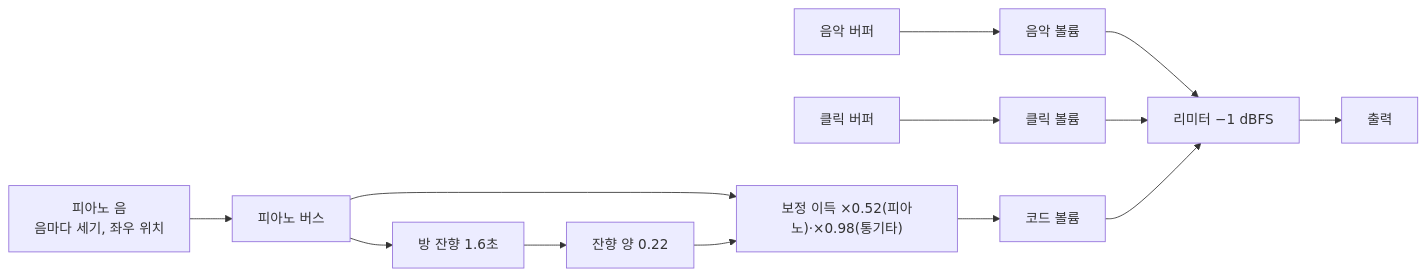
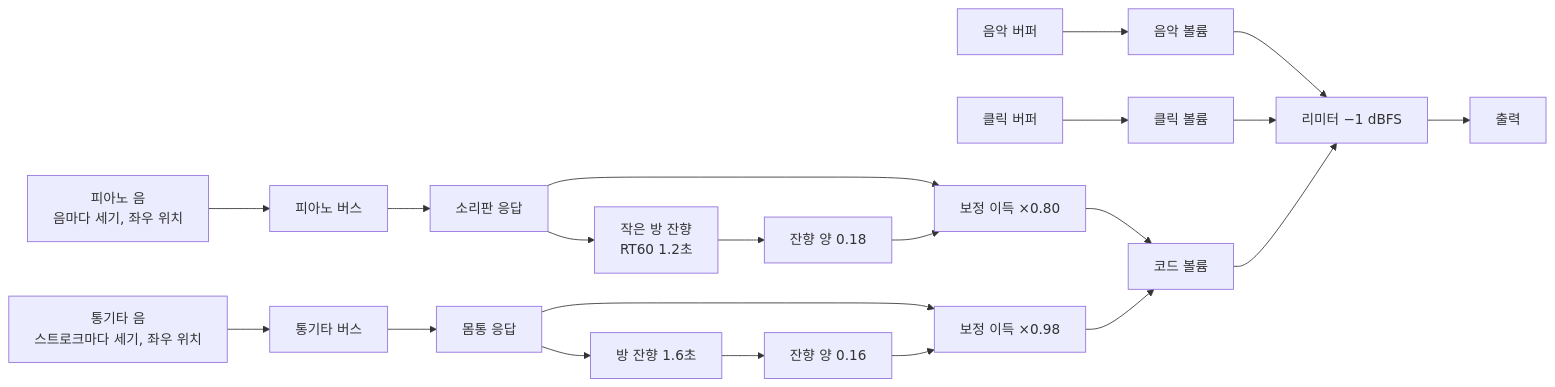
One commit to Velvitty/Chordity changed the third of 3 diagrams in README.md. Above: the diagram before and after it, drawn with Mermaid. The commit also changed other lines of this file and 9 other files, not shown here.

First line of the commit message:
Chordity 1.14.0: 통기타 스트로크 기호, 통기타 셈여림, 피아노 소리 다듬기

````diff
--- a/README.md
+++ b/README.md
@@ -1367,13 +1419,17 @@
 ```mermaid
 flowchart LR
   M["음악 버퍼"] --> GM["음악 볼륨"]
   C["클릭 버퍼"] --> GC["클릭 볼륨"]
-  P["피아노 음<br/>음마다 세기, 좌우 위치"] --> PB["피아노 버스"]
-  PB --> MK["보정 이득 ×0.52(피아노)·×0.98(통기타)"]
-  PB --> RV["방 잔향 1.6초"] --> W["잔향 양 0.22"] --> MK
-  MK --> GP["코드 볼륨"]
+  P["피아노 음<br/>음마다 세기, 좌우 위치"] --> PB["피아노 버스"] --> SB["소리판 응답"]
+  SB --> MP["보정 이득 ×0.80"]
+  SB --> RP["작은 방 잔향<br/>RT60 1.2초"] --> WP["잔향 양 0.18"] --> MP
+  G["통기타 음<br/>스트로크마다 세기, 좌우 위치"] --> GB["통기타 버스"] --> BD["몸통 응답"]
+  BD --> MG["보정 이득 ×0.98"]
+  BD --> RG["방 잔향 1.6초"] --> WG["잔향 양 0.16"] --> MG
+  MP --> GP["코드 볼륨"]
+  MG --> GP
   GM --> L["리미터 −1 dBFS"]
   GC --> L
   GP --> L
   L --> O["출력"]
 ```
````
